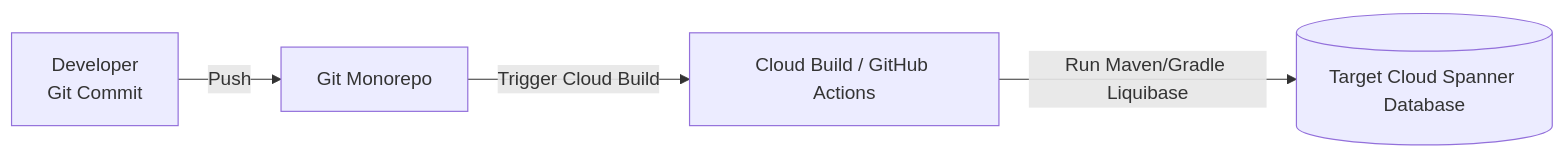
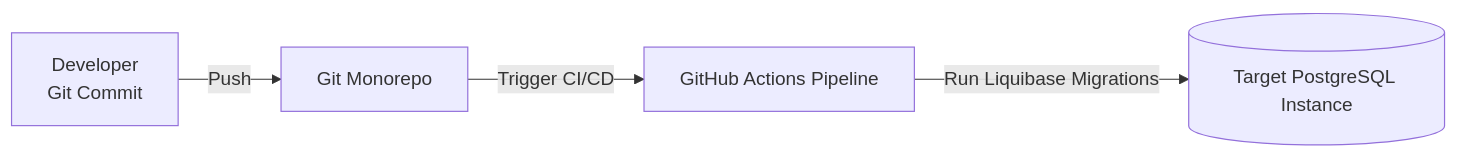
Before and after one commit to drapic88/abysalto-webshop: the second of 2 diagrams in doc/database_strategy.md, drawn with Mermaid. The commit also changed other lines of this file and 7 other files, not shown here.

Commit message:
Replace Cloud Spanner with PostgreSQL

````diff
--- a/doc/database_strategy.md
+++ b/doc/database_strategy.md
@@ -280,6 +235,6 @@
 ```mermaid
 flowchart LR
     Dev["Developer<br>Git Commit"] -->|Push| Repo["Git Monorepo"]
-    Repo -->|Trigger Cloud Build| Pipeline["Cloud Build / GitHub Actions"]
-    Pipeline -->|Run Maven/Gradle Liquibase| Spanner[("Target Cloud Spanner Database")]
+    Repo -->|Trigger CI/CD| Pipeline["GitHub Actions Pipeline"]
+    Pipeline -->|Run Liquibase Migrations| Postgres[("Target PostgreSQL Instance")]
 ```
````
